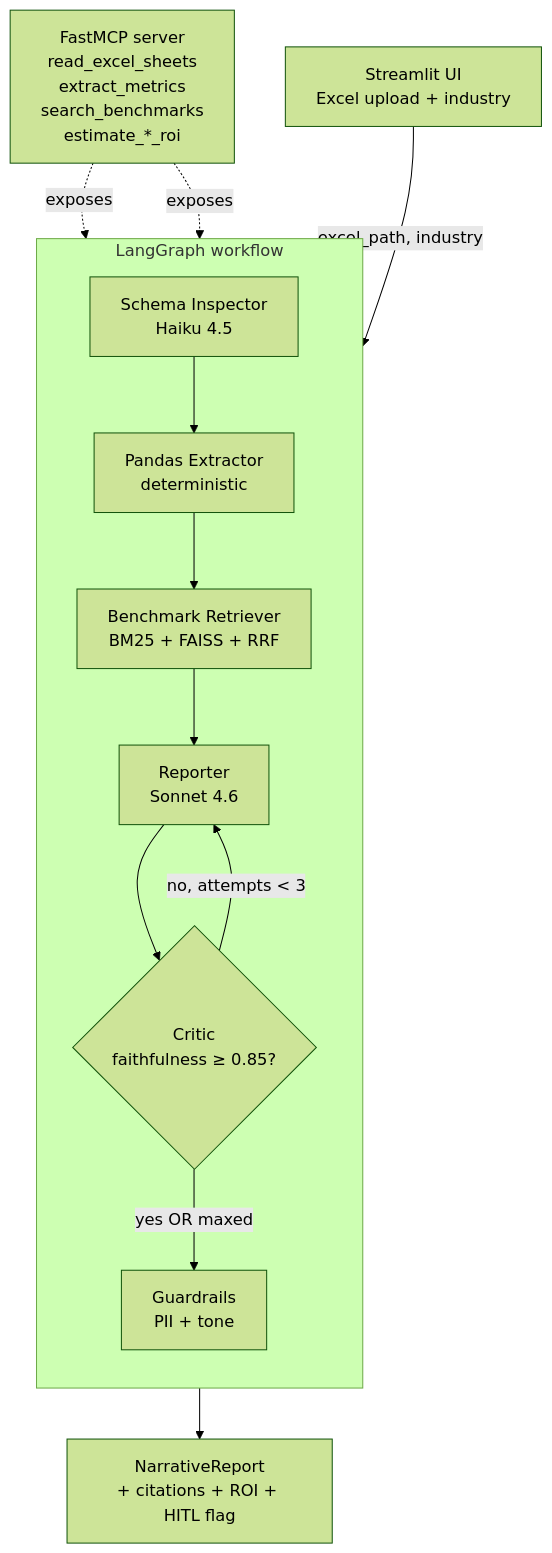
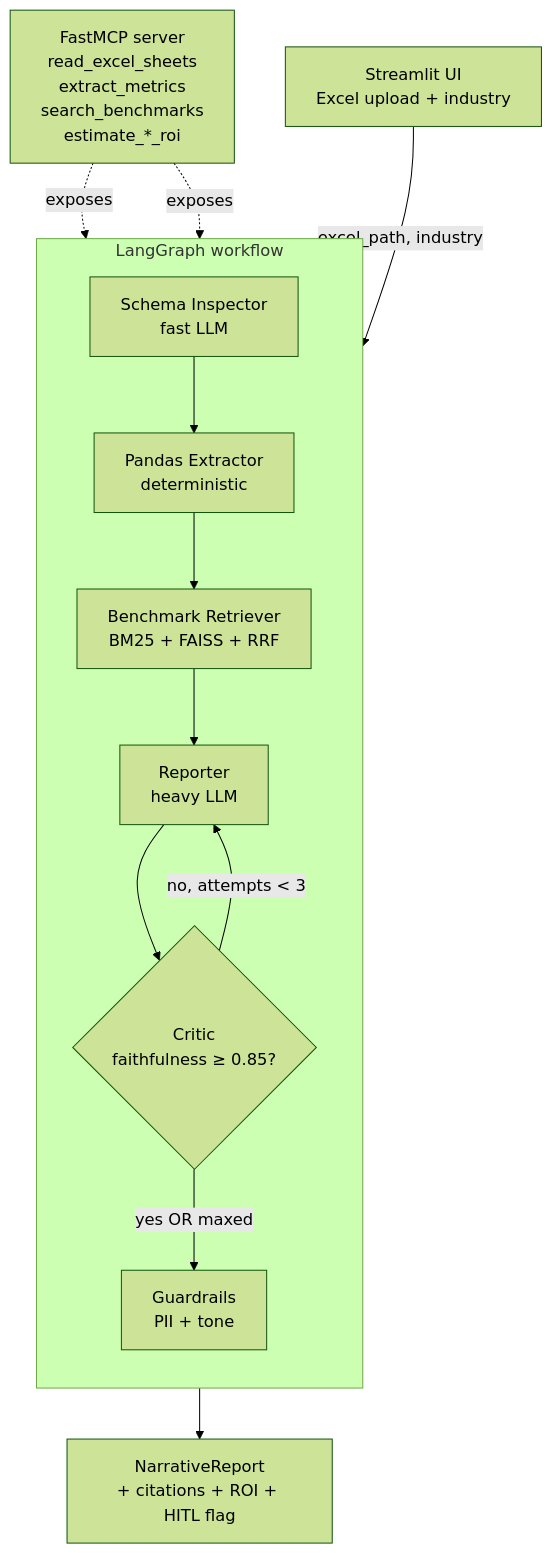
Before and after one commit to sergeychernyakov/contact-center-copilot: the diagram in docs/architecture.md, drawn with Mermaid (forest theme). The commit also changed other lines of this file and 9 other files, not shown here.

````diff
--- a/docs/architecture.md
+++ b/docs/architecture.md
@@ -5,23 +5,23 @@
 ```mermaid
 flowchart TD
     UI[Streamlit UI<br/>Excel upload + industry] -->|excel_path, industry| W[LangGraph workflow]
 
     subgraph W[LangGraph workflow]
         direction TB
-        SI[Schema Inspector<br/>Haiku 4.5]
+        SI[Schema Inspector<br/>fast LLM]
         EX[Pandas Extractor<br/>deterministic]
         BR[Benchmark Retriever<br/>BM25 + FAISS + RRF]
-        RP[Reporter<br/>Sonnet 4.6]
+        RP[Reporter<br/>heavy LLM]
         CR{Critic<br/>faithfulness ≥ 0.85?}
         GR[Guardrails<br/>PII + tone]
 
         SI --> EX --> BR --> RP --> CR
         CR -- no, attempts < 3 --> RP
         CR -- yes OR maxed --> GR
     end
 
     W --> OUT[NarrativeReport<br/>+ citations + ROI + HITL flag]
 
     MCP[FastMCP server<br/>read_excel_sheets<br/>extract_metrics<br/>search_benchmarks<br/>estimate_*_roi] -.exposes.-> EX
     MCP -.exposes.-> BR
 ```
````
